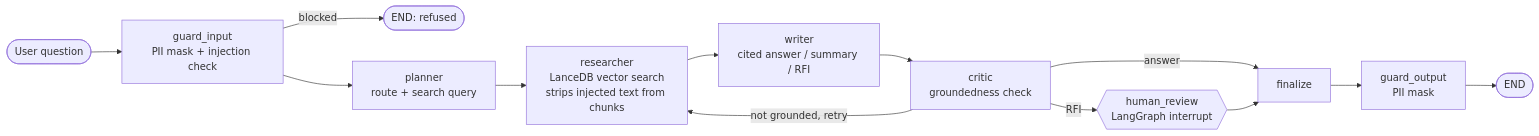
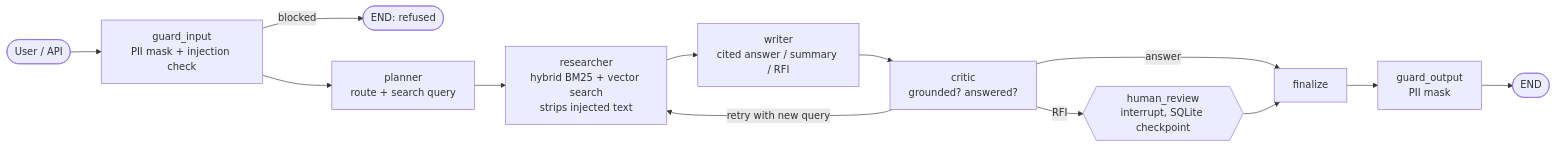
Before and after one commit to attahussain/sitebrain-agents: the diagram in README.md, drawn with Mermaid. The commit also changed other lines of this file and 2 other files, not shown here.

First line of the commit message:
Document v0.2: hybrid retrieval decision, benchmark and API

````diff
--- a/README.md
+++ b/README.md
@@ -16,15 +34,15 @@
 ```mermaid
 flowchart LR
-    U([User question]) --> GI[guard_input<br/>PII mask + injection check]
+    U([User / API]) --> GI[guard_input<br/>PII mask + injection check]
     GI -- blocked --> X([END: refused])
     GI --> P[planner<br/>route + search query]
-    P --> R[researcher<br/>LanceDB vector search<br/>strips injected text from chunks]
+    P --> R[researcher<br/>hybrid BM25 + vector search<br/>strips injected text]
     R --> W[writer<br/>cited answer / summary / RFI]
-    W --> C[critic<br/>groundedness check]
-    C -- not grounded, retry --> R
-    C -- RFI --> H{{human_review<br/>LangGraph interrupt}}
+    W --> C[critic<br/>grounded? answered?]
+    C -- retry with new query --> R
+    C -- RFI --> H{{human_review<br/>interrupt, SQLite checkpoint}}
     C -- answer --> F[finalize]
     H --> F
     F --> GO[guard_output<br/>PII mask]
     GO --> E([END])
 ```
````
